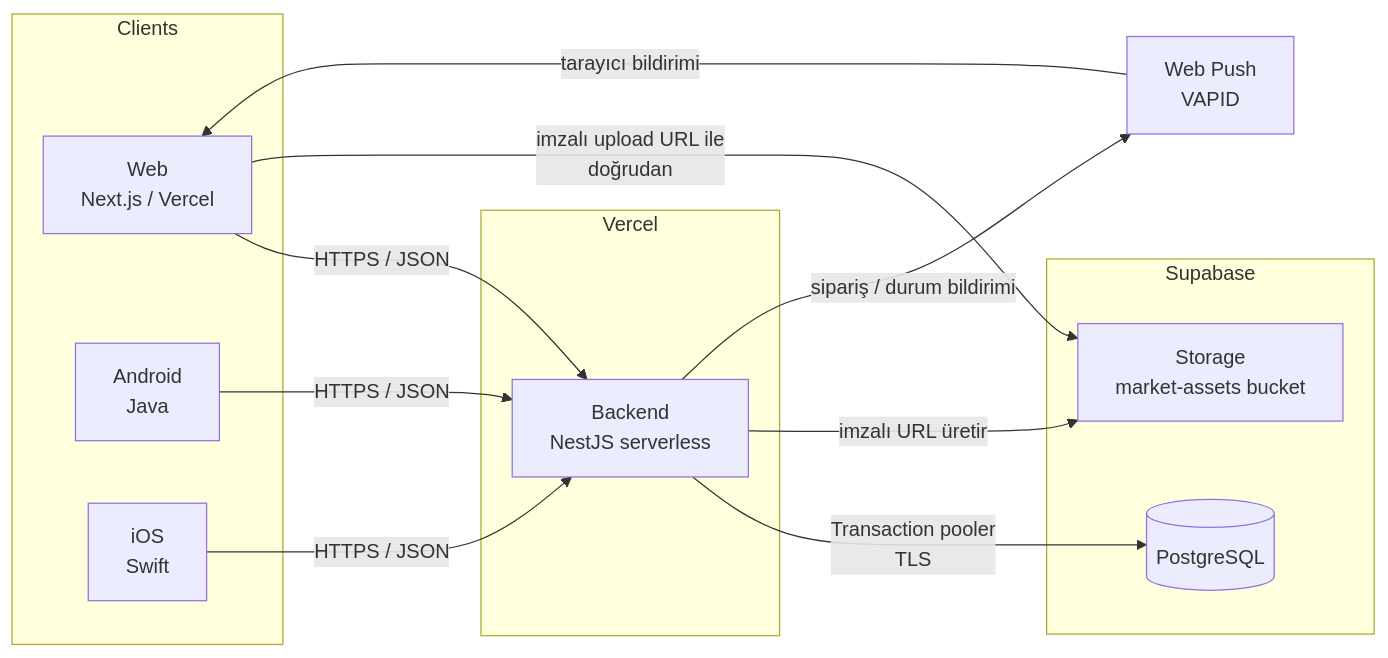
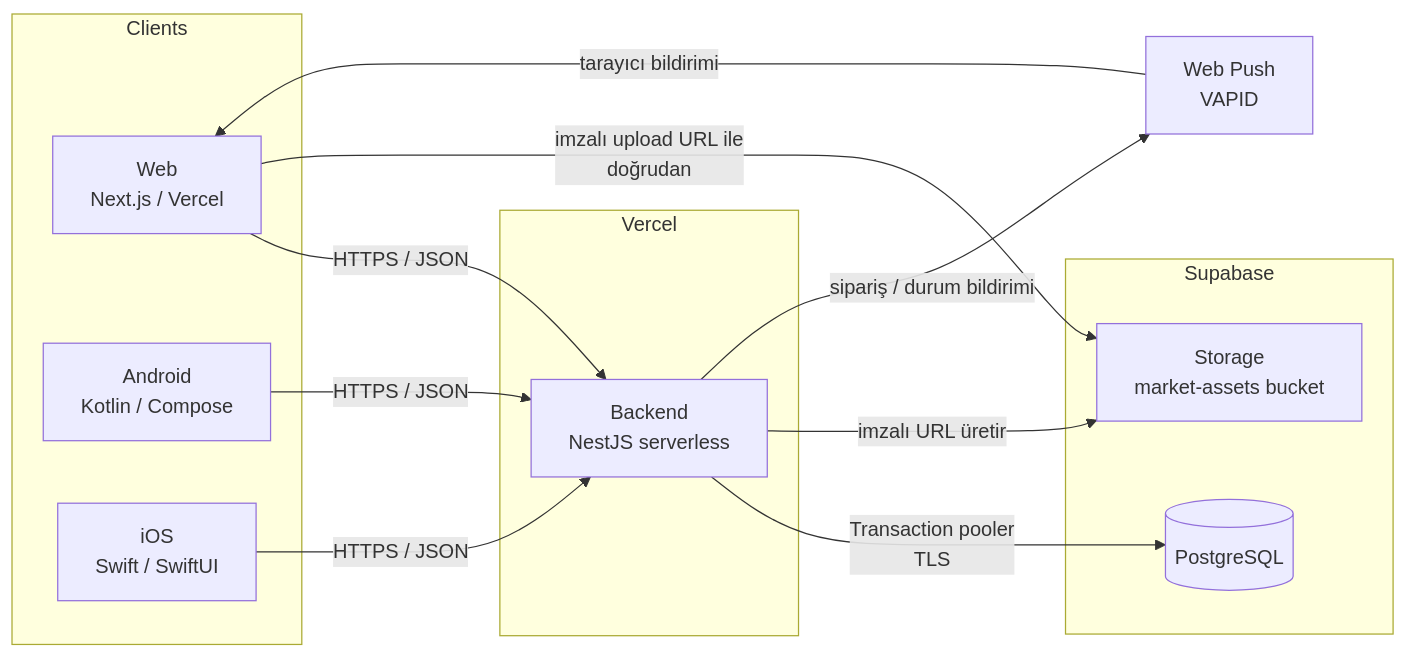
The diagram in docs/architecture.md (MetinSafaOktay/MarketApp), drawn with Mermaid before and after one commit. The commit also changed other lines of this file and 1 other file, not shown here.

First line of the commit message:
docs: android stack is Kotlin + Compose, not Java

````diff
--- a/docs/architecture.md
+++ b/docs/architecture.md
@@ -30,23 +30,23 @@
 ```mermaid
 flowchart LR
   subgraph Clients
     W[Web<br/>Next.js / Vercel]
-    A[Android<br/>Java]
-    I[iOS<br/>Swift]
+    A[Android<br/>Kotlin / Compose]
+    I[iOS<br/>Swift / SwiftUI]
   end
   subgraph Vercel
     BE[Backend<br/>NestJS serverless]
   end
   subgraph Supabase
     DB[(PostgreSQL)]
     ST[Storage<br/>market-assets bucket]
   end
   PUSH[Web Push<br/>VAPID]
 
   W & A & I -->|HTTPS / JSON| BE
   BE -->|Transaction pooler<br/>TLS| DB
   W -->|imzalı upload URL ile<br/>doğrudan| ST
   BE -->|imzalı URL üretir| ST
   BE -->|sipariş / durum bildirimi| PUSH
   PUSH -->|tarayıcı bildirimi| W
 ```
````
